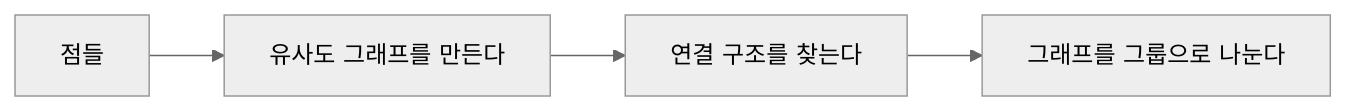
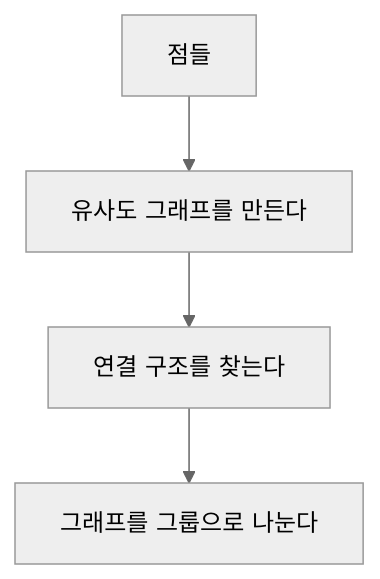
Before and after one commit to devchan64/AiBook: the diagram in docs/assets/part-04/chapter-17/p4-17-3-mermaid-02-ko.mmd, drawn with Mermaid (neutral theme). The commit also changed 24 other files, not shown here.

```diff
--- a/docs/assets/part-04/chapter-17/p4-17-3-mermaid-02-ko.mmd
+++ b/docs/assets/part-04/chapter-17/p4-17-3-mermaid-02-ko.mmd
@@ -1,7 +1,7 @@
-flowchart LR
+flowchart TD
   A["점들"]
   B["유사도 그래프를 만든다"]
   C["연결 구조를 찾는다"]
   D["그래프를 그룹으로 나눈다"]
 
   A --> B --> C --> D
```
